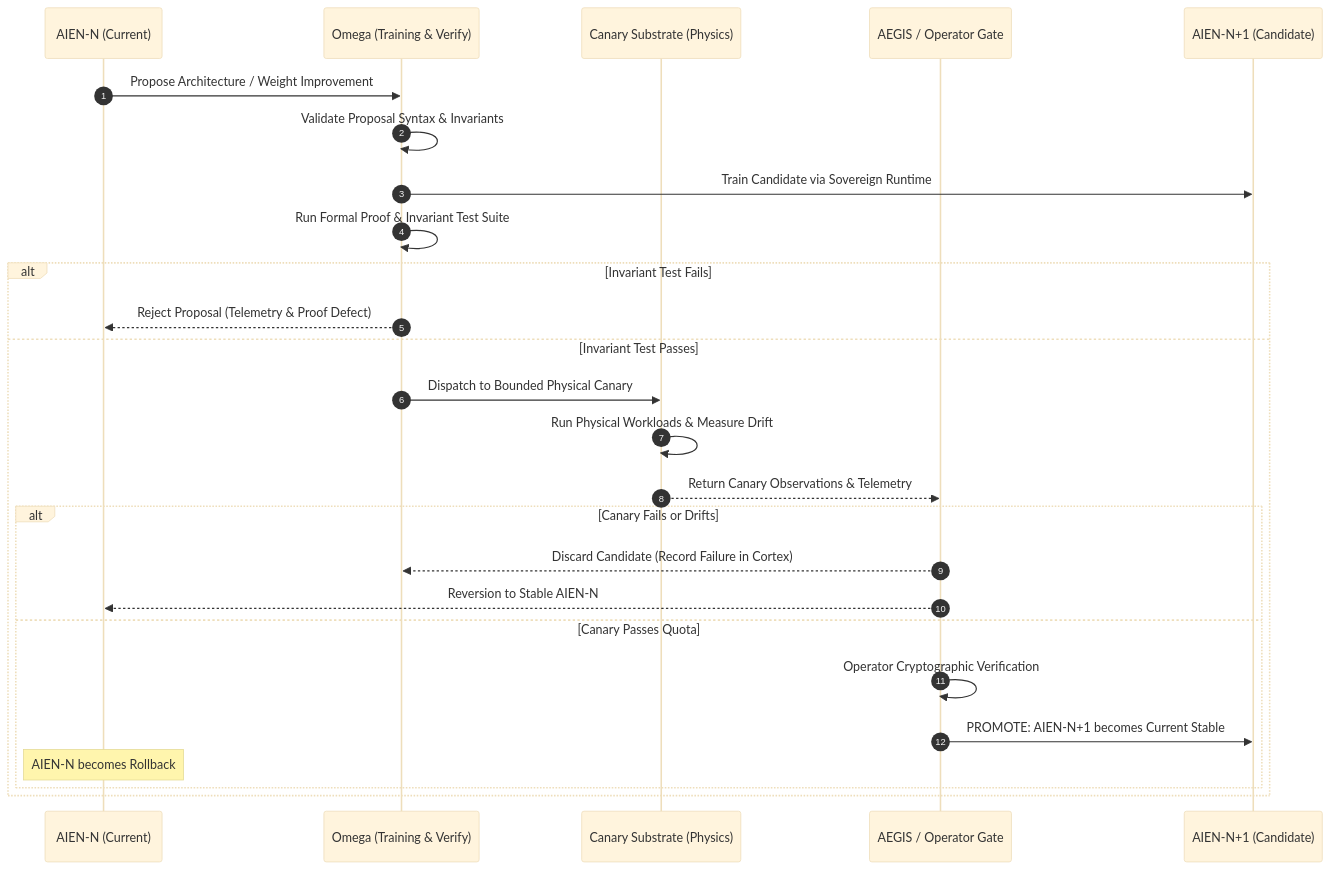
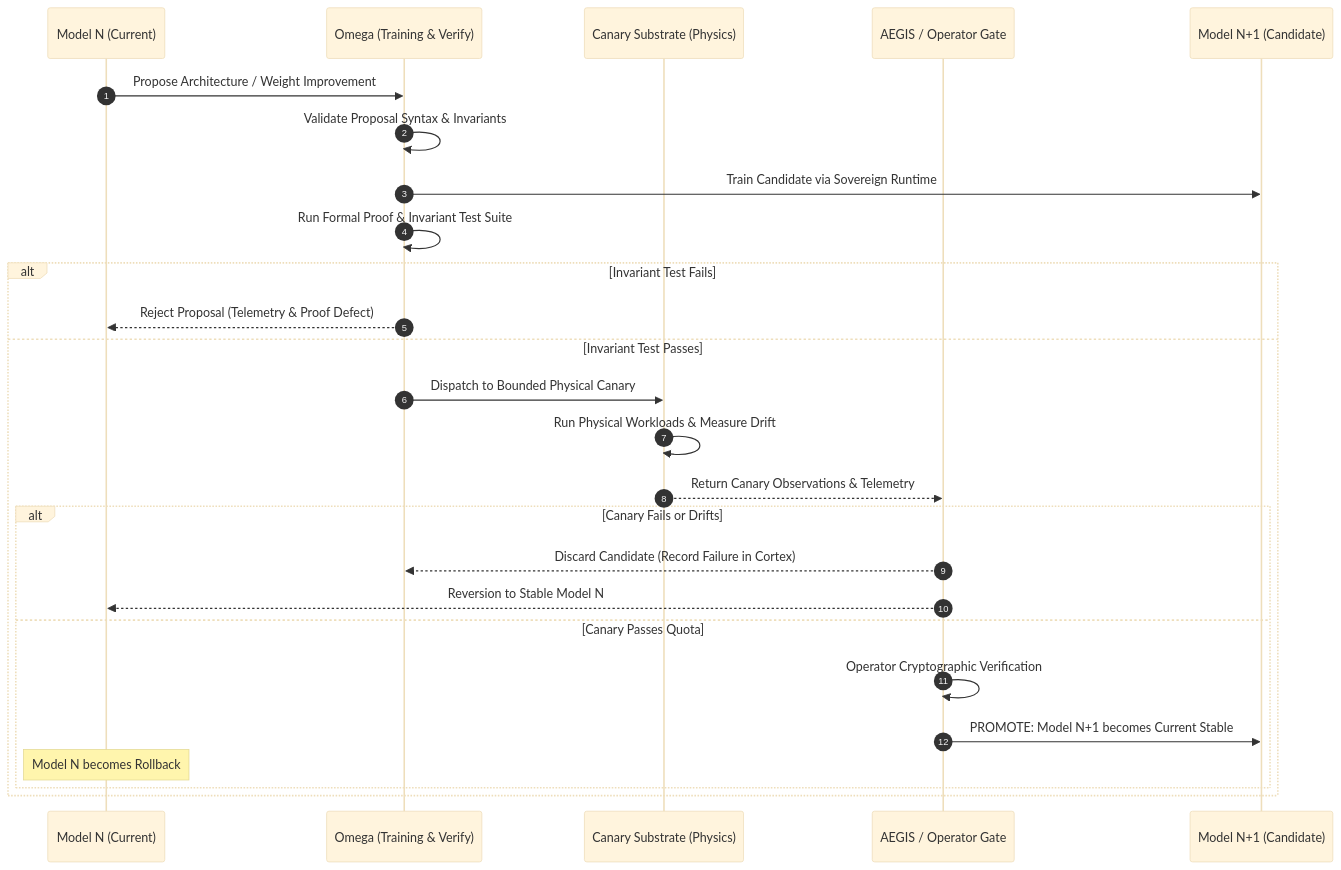
The second of 2 diagrams in doctrine/AIEN.md (aien-dev/aien-architecture), drawn with Mermaid (base theme) before and after one commit. The commit also changed other lines of this file and 2 other files, not shown here.

First line of the commit message:
doctrine/AIEN.md section 10: model generations are Model N, not AIEN-N

````diff
--- a/doctrine/AIEN.md
+++ b/doctrine/AIEN.md
@@ -660,29 +660,29 @@
 ```mermaid
 sequenceDiagram
     autonumber
-    participant A_N as AIEN-N (Current)
+    participant A_N as Model N (Current)
     participant OMG as Omega (Training & Verify)
     participant CAN as Canary Substrate (Physics)
     participant AEG as AEGIS / Operator Gate
-    participant A_NEXT as AIEN-N+1 (Candidate)
+    participant A_NEXT as Model N+1 (Candidate)
 
     A_N->>OMG: Propose Architecture / Weight Improvement
     OMG->>OMG: Validate Proposal Syntax & Invariants
     OMG->>A_NEXT: Train Candidate via Sovereign Runtime
     OMG->>OMG: Run Formal Proof & Invariant Test Suite
     alt Invariant Test Fails
         OMG-->>A_N: Reject Proposal (Telemetry & Proof Defect)
     else Invariant Test Passes
         OMG->>CAN: Dispatch to Bounded Physical Canary
         CAN->>CAN: Run Physical Workloads & Measure Drift
         CAN-->>AEG: Return Canary Observations & Telemetry
         alt Canary Fails or Drifts
             AEG-->>OMG: Discard Candidate (Record Failure in Cortex)
-            AEG-->>A_N: Reversion to Stable AIEN-N
+            AEG-->>A_N: Reversion to Stable Model N
         else Canary Passes Quota
             AEG->>AEG: Operator Cryptographic Verification
-            AEG->>A_NEXT: PROMOTE: AIEN-N+1 becomes Current Stable
-            Note over A_N: AIEN-N becomes Rollback
+            AEG->>A_NEXT: PROMOTE: Model N+1 becomes Current Stable
+            Note over A_N: Model N becomes Rollback
         end
     end
 ```
````
